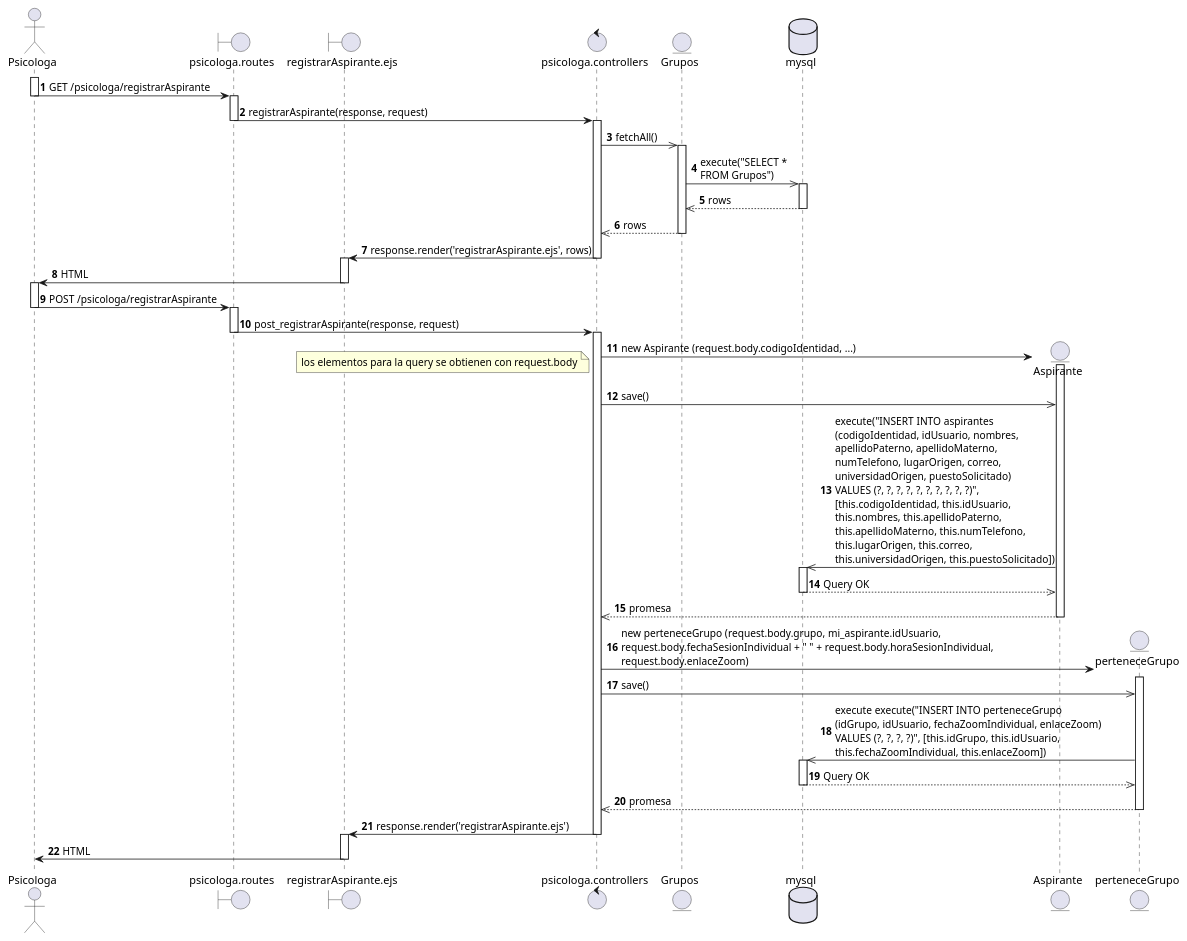
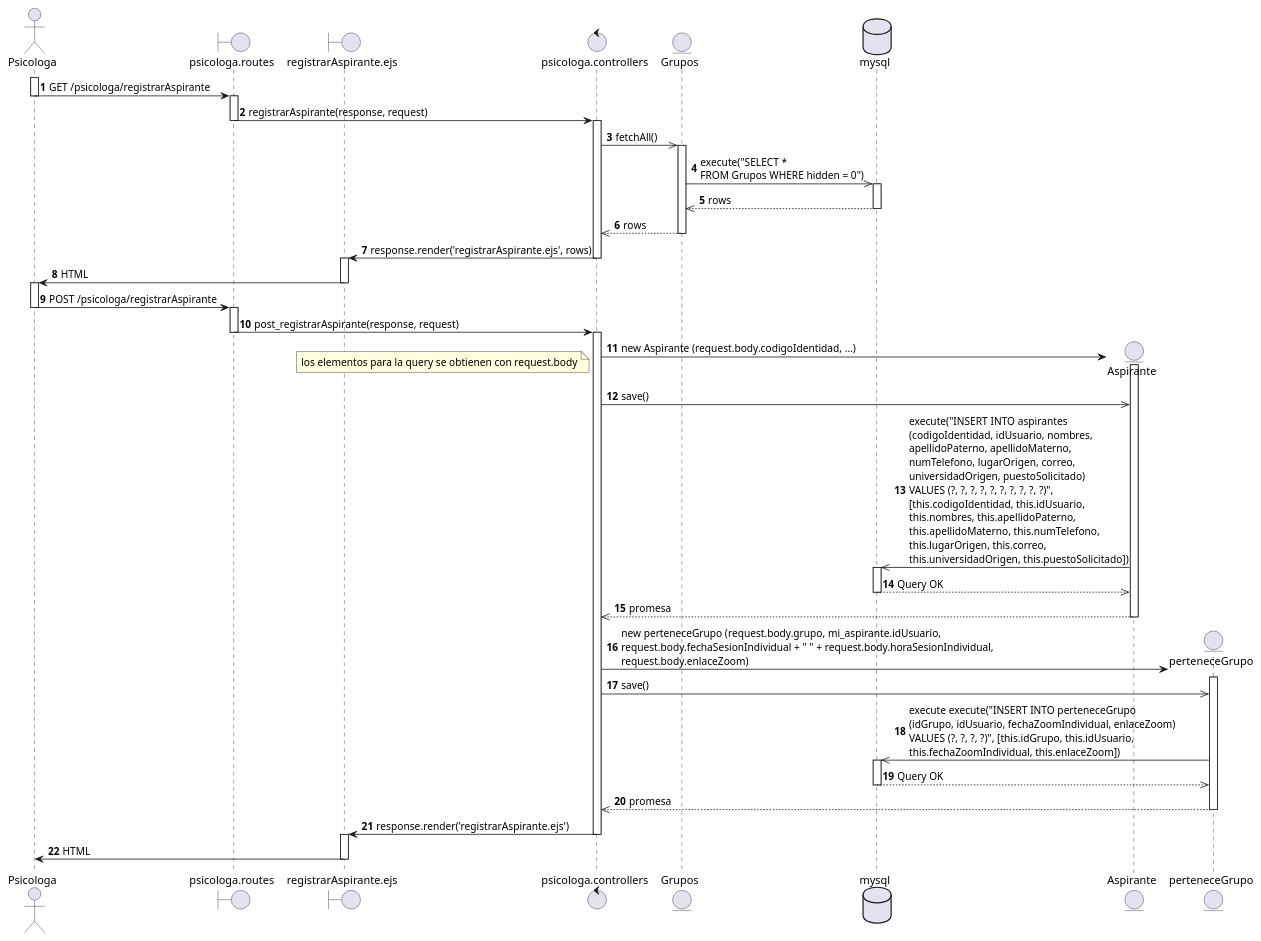
One commit to nicoleum17/TestInsightDX changed the diagram in uml/secuencia/registrarAspirante15.puml. Above: the diagram before and after it, drawn with PlantUML.

Commit message:
fix(docs): update registrarAspirante

```diff
--- a/uml/secuencia/registrarAspirante15.puml
+++ b/uml/secuencia/registrarAspirante15.puml
@@ -1,75 +1,75 @@
 @startuml   registrarAspirante 15
 actor       Psicologa                   as a1
 boundary    psicologa.routes            as a2
 boundary    registrarAspirante.ejs  as a3
 control     psicologa.controllers       as a4
 entity      Grupos                      as g
 database    mysql                       as a6
 
 
 autonumber
 activate a1
 a1->a2: GET /psicologa/registrarAspirante
 deactivate a1
 activate a2
 a2->a4: registrarAspirante(response, request)
 deactivate a2
 activate a4
 a4->>g: fetchAll()
 activate g
-g->>a6: execute("SELECT * \nFROM Grupos")
+g->>a6: execute("SELECT * \nFROM Grupos WHERE hidden = 0")
 activate a6
 a6-->>g: rows
 deactivate a6
 g-->>a4: rows
 deactivate g
 
 
 a4->a3: response.render('registrarAspirante.ejs', rows)
 deactivate a4
 activate a3
 a3->a1: HTML
 deactivate a3
 activate a1
 
 
 a1->a2: POST /psicologa/registrarAspirante
 deactivate a1
 activate a2
 a2->a4: post_registrarAspirante(response, request)
 deactivate a2
 activate a4
 
 
 create entity Aspirante              as a5
 a4->a5: new Aspirante (request.body.codigoIdentidad, ...)
 note left: los elementos para la query se obtienen con request.body
 activate a5
 a4->>a5: save()
 a5->>a6: execute("INSERT INTO aspirantes \n(codigoIdentidad, idUsuario, nombres, \napellidoPaterno, apellidoMaterno, \nnumTelefono, lugarOrigen, correo, \nuniversidadOrigen, puestoSolicitado) \nVALUES (?, ?, ?, ?, ?, ?, ?, ?, ?, ?)", \n[this.codigoIdentidad, this.idUsuario, \nthis.nombres, this.apellidoPaterno, \nthis.apellidoMaterno, this.numTelefono, \nthis.lugarOrigen, this.correo, \nthis.universidadOrigen, this.puestoSolicitado])
 activate a6 
 a6-->>a5: Query OK
 deactivate a6
 a5-->>a4: promesa
 deactivate a5
 
 create entity perteneceGrupo         as pg 
 a4->pg: new perteneceGrupo (request.body.grupo, mi_aspirante.idUsuario, \nrequest.body.fechaSesionIndividual + " " + request.body.horaSesionIndividual, \nrequest.body.enlaceZoom)
 activate pg
 a4->>pg: save()
 pg->>a6: execute execute("INSERT INTO perteneceGrupo \n(idGrupo, idUsuario, fechaZoomIndividual, enlaceZoom) \nVALUES (?, ?, ?, ?)", [this.idGrupo, this.idUsuario, \nthis.fechaZoomIndividual, this.enlaceZoom])
 activate a6
 a6-->>pg: Query OK
 deactivate a6
 pg-->>a4: promesa
 deactivate pg
 
 
 a4->a3: response.render('registrarAspirante.ejs')
 deactivate a4
 activate a3
 a3->a1: HTML
 deactivate a3
 
 
 @enduml
```
